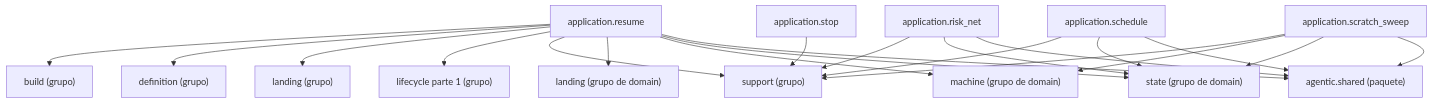
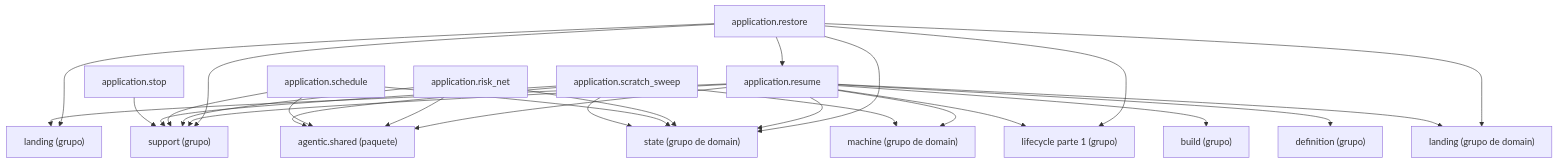
Before and after one commit to GonzaloZevallos/agentic-system: the diagram in docs/architecture/generated/packages-process-application-lifecycle-2.md, drawn with Mermaid. The commit also changed 6 other files, not shown here.

````diff
--- a/docs/architecture/generated/packages-process-application-lifecycle-2.md
+++ b/docs/architecture/generated/packages-process-application-lifecycle-2.md
@@ -16,37 +16,44 @@
 ```mermaid
 graph TD
     g_application__build["build (grupo)"]
     g_application__definition["definition (grupo)"]
     g_application__landing["landing (grupo)"]
     g_application__lifecycle__1["lifecycle parte 1 (grupo)"]
     g_application__support["support (grupo)"]
     g_domain__landing["landing (grupo de domain)"]
     g_domain__machine["machine (grupo de domain)"]
     g_domain__state["state (grupo de domain)"]
     g_pkg__agentic__shared["agentic.shared (paquete)"]
+    m_application__restore["application.restore"]
     m_application__resume["application.resume"]
     m_application__risk_net["application.risk_net"]
     m_application__schedule["application.schedule"]
     m_application__scratch_sweep["application.scratch_sweep"]
     m_application__stop["application.stop"]
+    m_application__restore --> g_application__landing
+    m_application__restore --> g_application__lifecycle__1
+    m_application__restore --> g_application__support
+    m_application__restore --> g_domain__landing
+    m_application__restore --> g_domain__state
+    m_application__restore --> m_application__resume
     m_application__resume --> g_application__build
     m_application__resume --> g_application__definition
     m_application__resume --> g_application__landing
     m_application__resume --> g_application__lifecycle__1
     m_application__resume --> g_application__support
     m_application__resume --> g_domain__landing
     m_application__resume --> g_domain__machine
     m_application__resume --> g_domain__state
     m_application__resume --> g_pkg__agentic__shared
     m_application__risk_net --> g_application__support
     m_application__risk_net --> g_domain__state
     m_application__risk_net --> g_pkg__agentic__shared
     m_application__schedule --> g_application__support
     m_application__schedule --> g_domain__state
     m_application__schedule --> g_pkg__agentic__shared
     m_application__scratch_sweep --> g_application__support
     m_application__scratch_sweep --> g_domain__machine
     m_application__scratch_sweep --> g_domain__state
     m_application__scratch_sweep --> g_pkg__agentic__shared
     m_application__stop --> g_application__support
 ```
````
